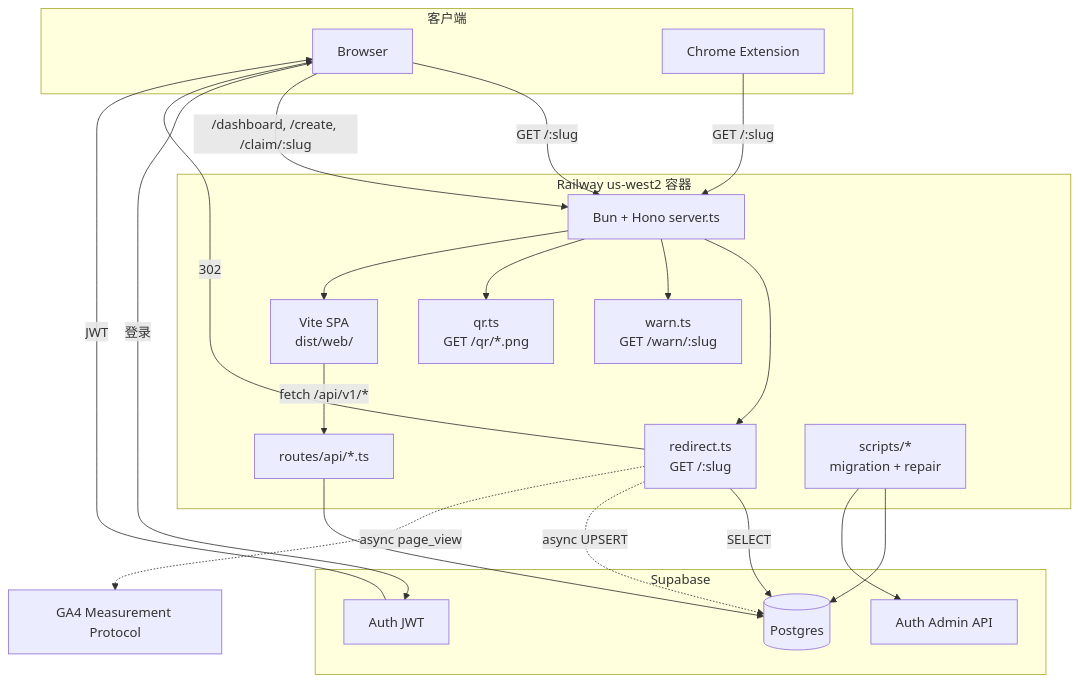
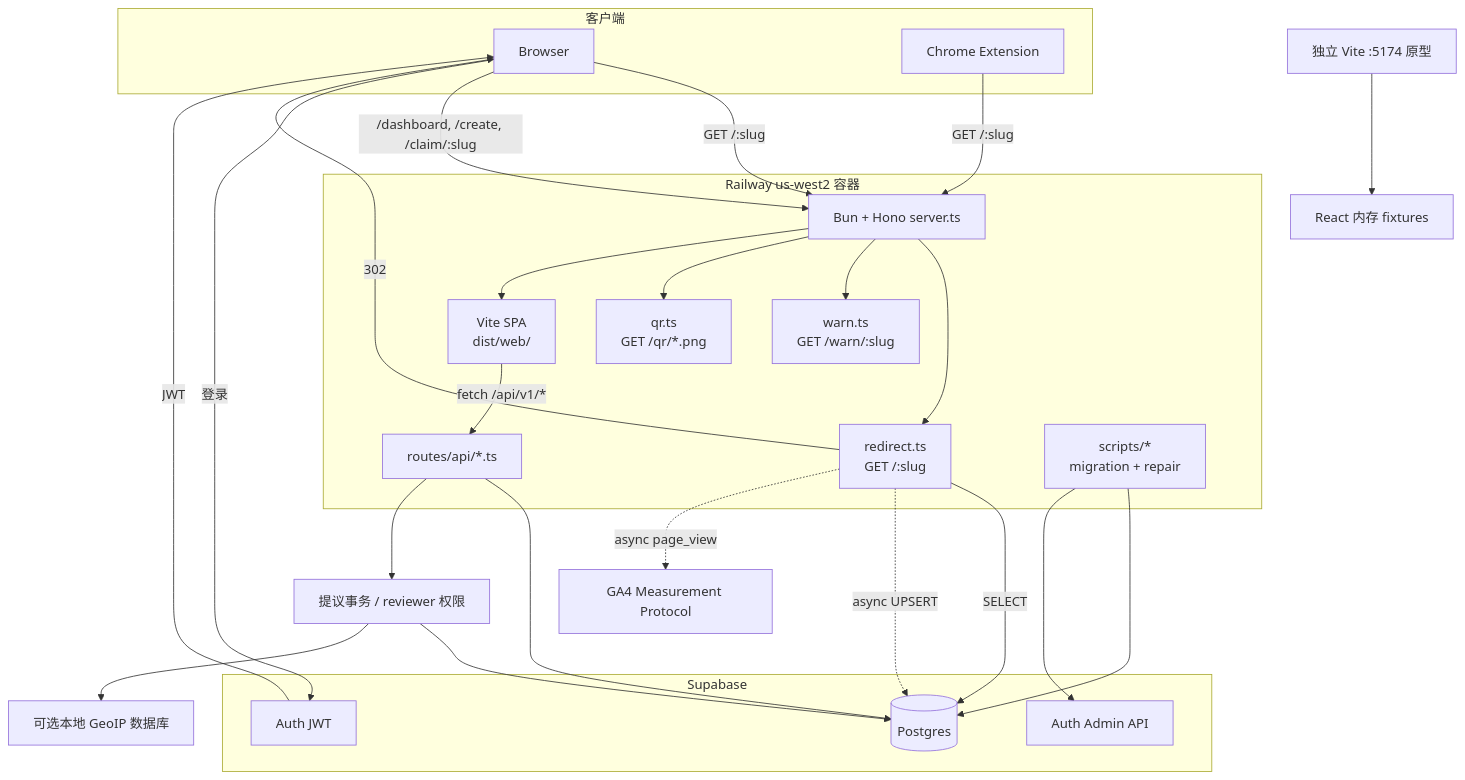
Before and after one commit to xinbenlv/open-golinks: the diagram in docs/CURRENT-ARCHITECT.md, drawn with Mermaid. The commit also changed other lines of this file and 78 other files, not shown here.

````diff
--- a/docs/CURRENT-ARCHITECT.md
+++ b/docs/CURRENT-ARCHITECT.md
@@ -36,42 +38,46 @@
 ```mermaid
 flowchart TB
+  DEMO[独立 Vite :5174 原型] --> FIXTURES[React 内存 fixtures]
   subgraph Client[客户端]
     BR[Browser]
     EX[Chrome Extension]
   end
 
   subgraph Railway[Railway us-west2 容器]
     SRV[Bun + Hono server.ts]
     RED[redirect.ts<br/>GET /:slug]
     WARN[warn.ts<br/>GET /warn/:slug]
     QR[qr.ts<br/>GET /qr/*.png]
     API[routes/api/*.ts]
     SPA[Vite SPA<br/>dist/web/]
     SCRIPTS[scripts/*<br/>migration + repair]
   end
 
   subgraph Supabase[Supabase]
     PG[(Postgres)]
     AUTH[Auth JWT]
     ADMIN[Auth Admin API]
   end
 
   BR -->|GET /:slug| SRV
   EX -->|GET /:slug| SRV
   SRV --> RED
   SRV --> WARN
   SRV --> QR
   RED -->|SELECT| PG
   RED -->|302| BR
   RED -.->|async UPSERT| PG
   RED -.->|async page_view| GA4[GA4 Measurement Protocol]
 
   BR -->|/dashboard, /create, /claim/:slug| SRV
   SRV --> SPA
   SPA -->|fetch /api/v1/*| API
   API --> PG
+  API --> PROPOSALS[提议事务 / reviewer 权限]
+  PROPOSALS --> PG
+  PROPOSALS --> GEOIP[可选本地 GeoIP 数据库]
   BR -->|登录| AUTH
   AUTH -->|JWT| BR
   SCRIPTS --> PG
   SCRIPTS --> ADMIN
 ```
````
